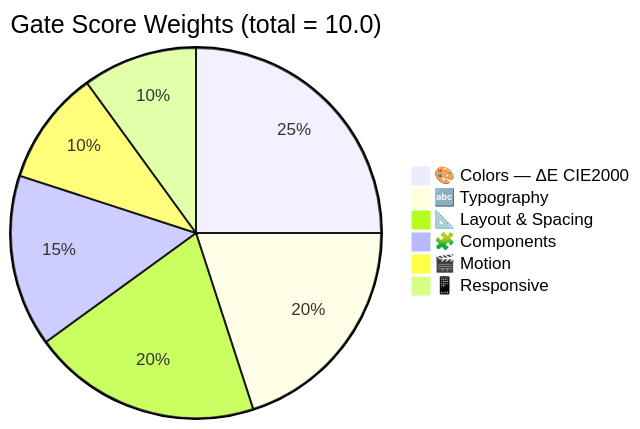
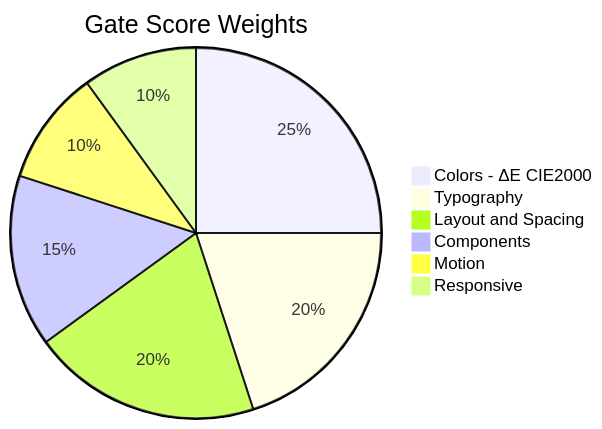
One commit to RazvanGabrielNiculae/picasso-claude-design-claude-code-bridge-loop changed the fifth of 9 diagrams in README.md. Above: the diagram before and after it, drawn with Mermaid. The commit also changed other lines of this file, not shown here.

First line of the commit message:
fix: resolve all remaining Mermaid render errors

````diff
--- a/README.md
+++ b/README.md
@@ -276,9 +276,9 @@
 ```mermaid
-pie title Gate Score Weights (total = 10.0)
-    "🎨 Colors — ΔE CIE2000" : 25
-    "🔤 Typography" : 20
-    "📐 Layout & Spacing" : 20
-    "🧩 Components" : 15
-    "🎬 Motion" : 10
-    "📱 Responsive" : 10
+pie title Gate Score Weights
+    "Colors - ΔE CIE2000" : 25
+    "Typography" : 20
+    "Layout and Spacing" : 20
+    "Components" : 15
+    "Motion" : 10
+    "Responsive" : 10
 ```
````
